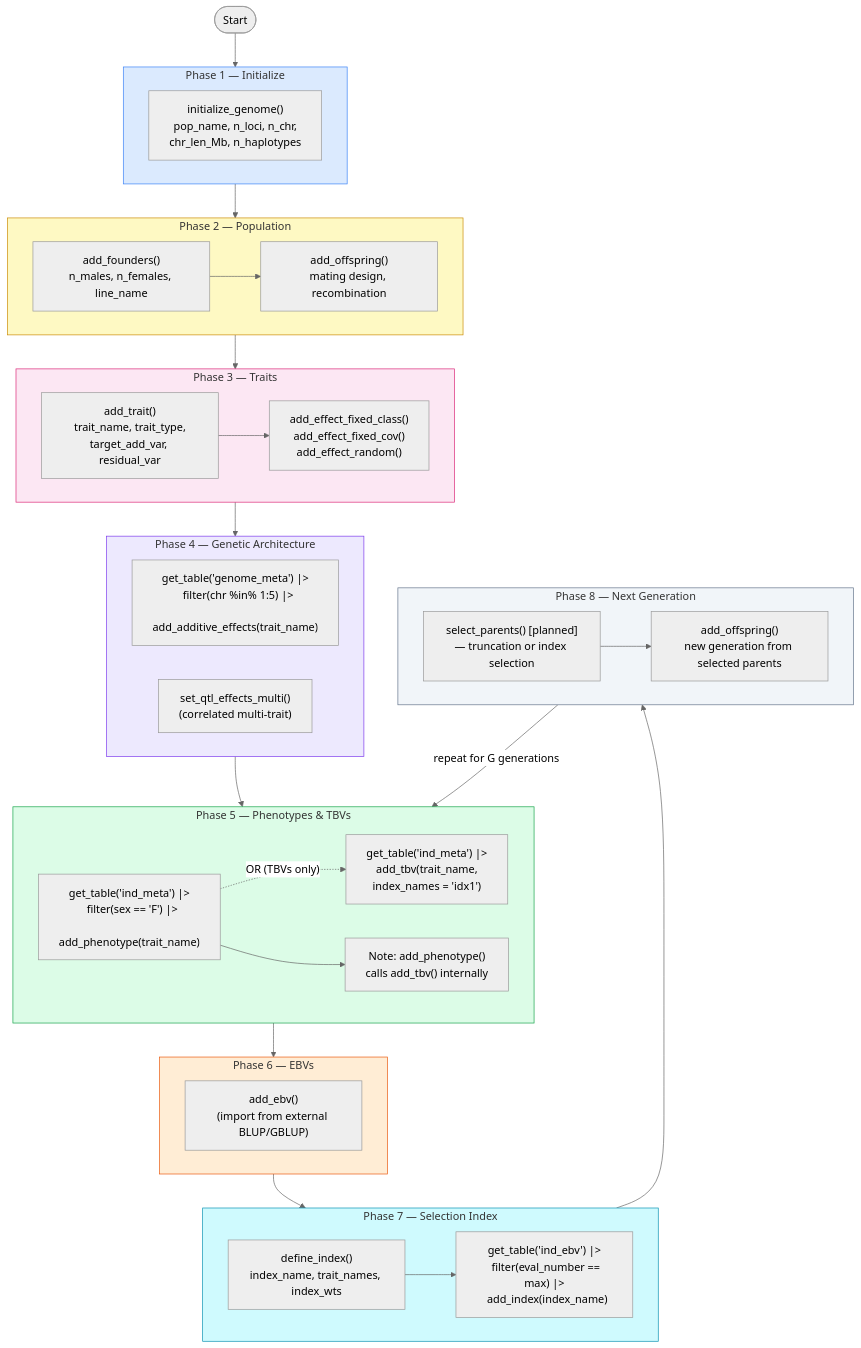
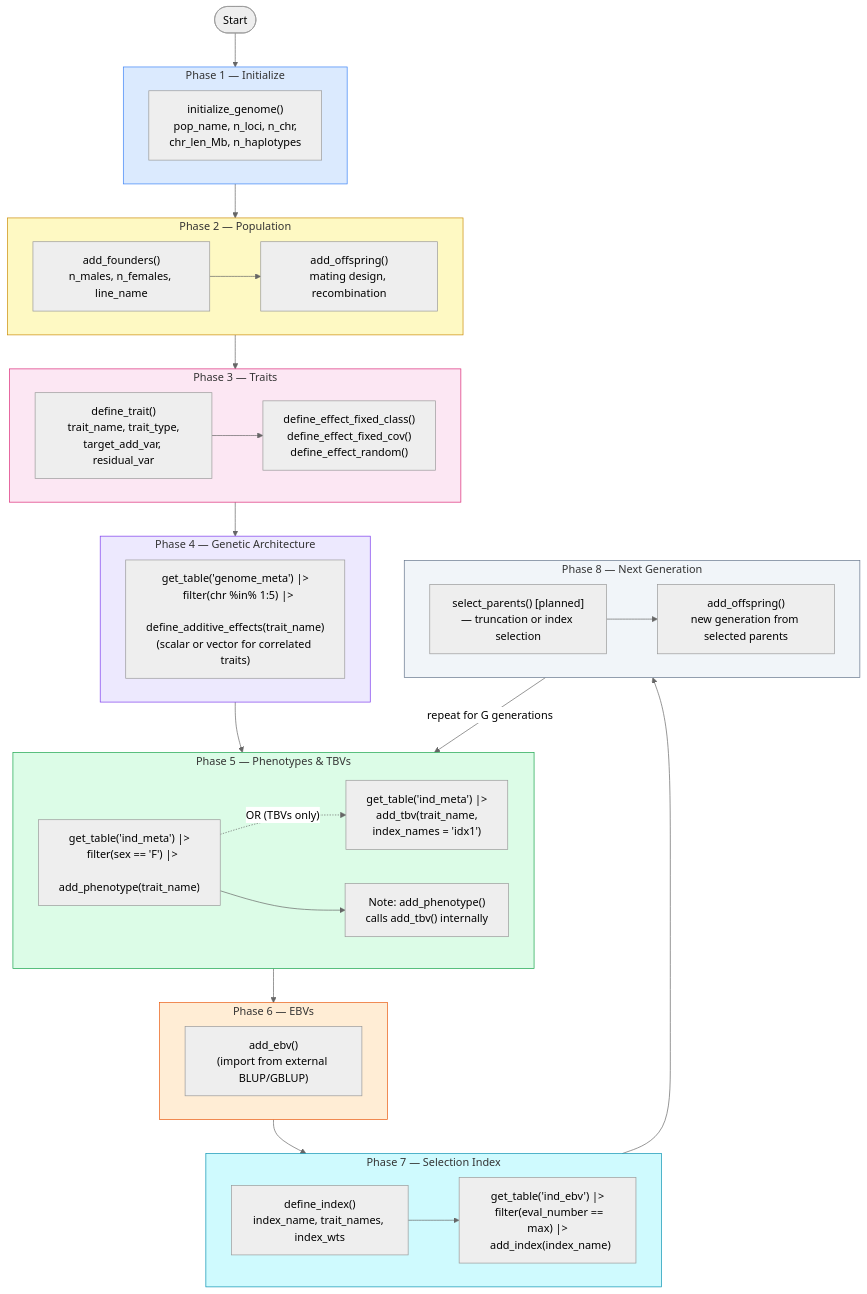
The third of 6 diagrams in vignettes/overview.qmd (austin-putz/tidybreed), drawn with Mermaid (neutral theme) before and after one commit. The commit also changed other lines of this file and 69 other files, not shown here.

````diff
--- a/vignettes/overview.qmd
+++ b/vignettes/overview.qmd
@@ -234,70 +234,69 @@
 ```{mermaid}
 %%| eval: true
 %%| echo: false
 %%| fig-cap: "Complete function calling pipeline. Phases must proceed roughly top to bottom; within a phase, order is flexible."
 flowchart TD
     A(["Start"]) --> P1
 
     subgraph P1["Phase 1 — Initialize"]
         F1["initialize_genome()<br/>pop_name, n_loci, n_chr,<br/>chr_len_Mb, n_haplotypes"]
     end
 
     subgraph P2["Phase 2 — Population"]
         F2["add_founders()<br/>n_males, n_females, line_name"]
         F2B["add_offspring()<br/>mating design, recombination"]
         F2 --> F2B
     end
 
     subgraph P3["Phase 3 — Traits"]
-        F3["add_trait()<br/>trait_name, trait_type,<br/>target_add_var, residual_var"]
-        F3B["add_effect_fixed_class()<br/>add_effect_fixed_cov()<br/>add_effect_random()"]
+        F3["define_trait()<br/>trait_name, trait_type,<br/>target_add_var, residual_var"]
+        F3B["define_effect_fixed_class()<br/>define_effect_fixed_cov()<br/>define_effect_random()"]
         F3 --> F3B
     end
 
     subgraph P4["Phase 4 — Genetic Architecture"]
-        F4["get_table('genome_meta') |><br/>  filter(chr %in% 1:5) |><br/>  add_additive_effects(trait_name)"]
-        F4B["set_qtl_effects_multi()<br/>(correlated multi-trait)"]
+        F4["get_table('genome_meta') |><br/>  filter(chr %in% 1:5) |><br/>  define_additive_effects(trait_name)<br/>(scalar or vector for correlated traits)"]
     end
 
     subgraph P5["Phase 5 — Phenotypes & TBVs"]
         F5["get_table('ind_meta') |><br/>  filter(sex == 'F') |><br/>  add_phenotype(trait_name)"]
         F5N["Note: add_phenotype()<br/>calls add_tbv() internally"]
         F5B["get_table('ind_meta') |><br/>  add_tbv(trait_name,<br/>  index_names = 'idx1')"]
         F5 -. "OR (TBVs only)" .-> F5B
         F5 --> F5N
     end
 
     subgraph P6["Phase 6 — EBVs"]
         F6["add_ebv()<br/>(import from external BLUP/GBLUP)"]
     end
 
     subgraph P7["Phase 7 — Selection Index"]
         F7["define_index()<br/>index_name, trait_names, index_wts"]
         F7B["get_table('ind_ebv') |><br/>  filter(eval_number == max) |><br/>  add_index(index_name)"]
         F7 --> F7B
     end
 
     subgraph P8["Phase 8 — Next Generation"]
         F8["select_parents() [planned]<br/>— truncation or index selection"]
         F8B["add_offspring()<br/>new generation from selected parents"]
         F8 --> F8B
     end
 
     P1 --> P2
     P2 --> P3
     P3 --> P4
     P4 --> P5
     P5 --> P6
     P6 --> P7
     P7 --> P8
     P8 -->|"repeat for G generations"| P5
 
     style P1 fill:#dbeafe,stroke:#3b82f6
     style P2 fill:#fef9c3,stroke:#ca8a04
     style P3 fill:#fce7f3,stroke:#db2777
     style P4 fill:#ede9fe,stroke:#7c3aed
     style P5 fill:#dcfce7,stroke:#16a34a
     style P6 fill:#ffedd5,stroke:#ea580c
     style P7 fill:#cffafe,stroke:#0891b2
     style P8 fill:#f1f5f9,stroke:#64748b
 ```
````
